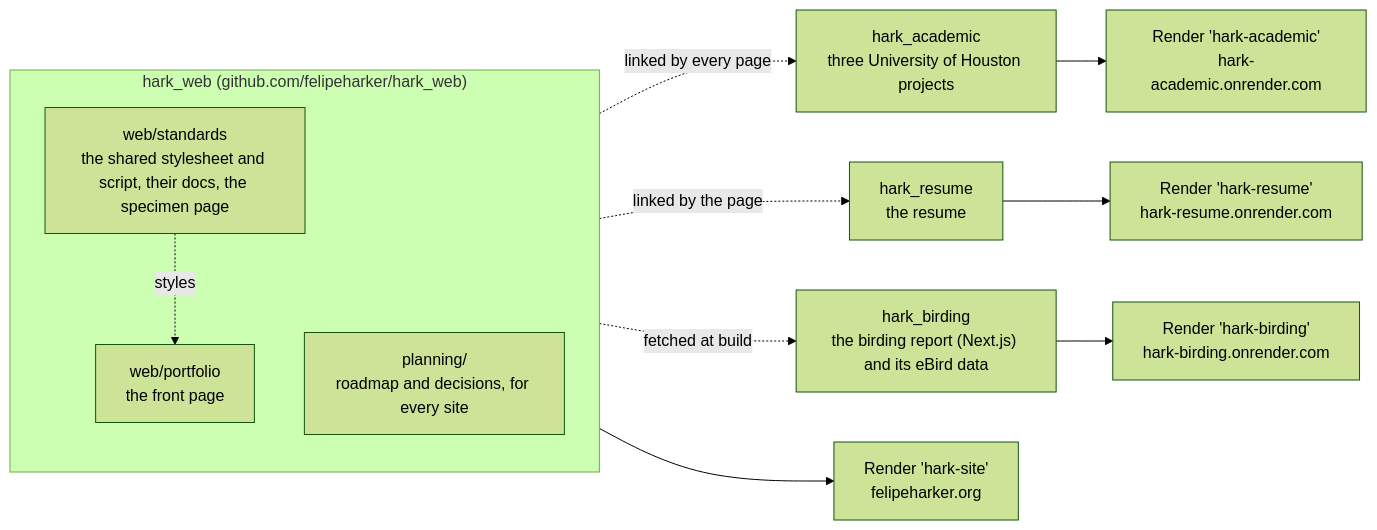
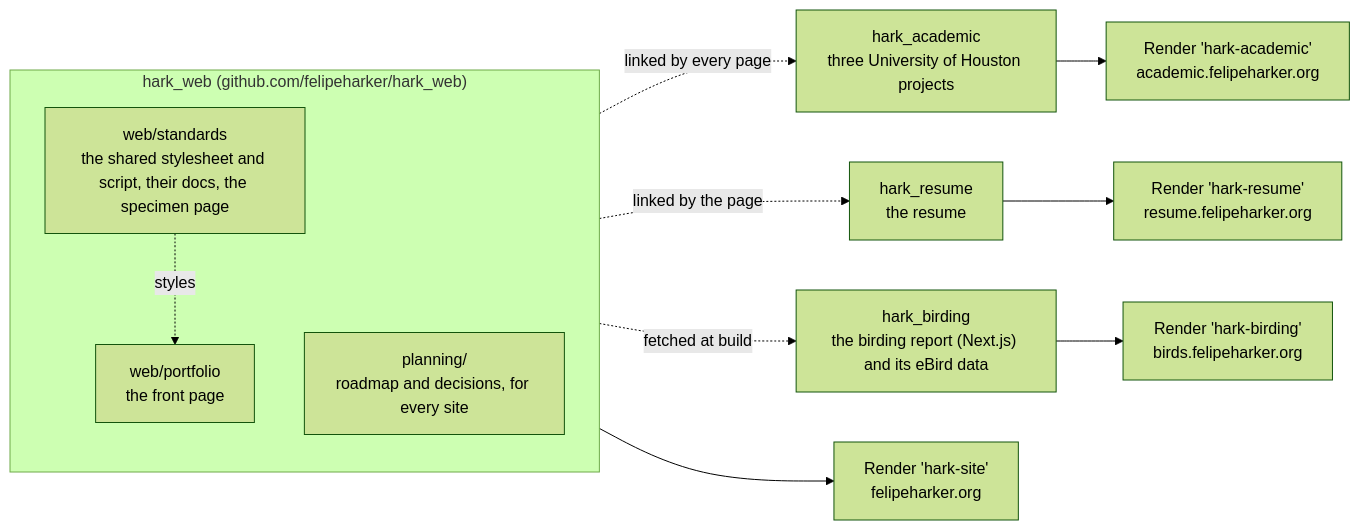
One commit to felipeharker/hark_web changed the first of 7 diagrams in ARCHITECTURE.md. Above: the diagram before and after it, drawn with Mermaid (forest theme). The commit also changed other lines of this file and 16 other files, not shown here.

First line of the commit message:
Every site in the family at its felipeharker.org subdomain

````diff
--- a/ARCHITECTURE.md
+++ b/ARCHITECTURE.md
@@ -23,22 +23,22 @@
 ```mermaid
 flowchart LR
   subgraph web["hark_web (github.com/felipeharker/hark_web)"]
     direction TB
     standards["web/standards<br/>the shared stylesheet and script, their docs, the specimen page"]
     portfolio["web/portfolio<br/>the front page"]
     planning["planning/<br/>roadmap and decisions, for every site"]
   end
   academic["hark_academic<br/>three University of Houston projects"]
   birds["hark_birding<br/>the birding report (Next.js) and its eBird data"]
   resume["hark_resume<br/>the resume"]
 
   standards -. "styles" .-> portfolio
   standards -. "linked by every page" .-> academic
   standards -. "linked by the page" .-> resume
   standards -. "fetched at build" .-> birds
 
   web --> s1["Render 'hark-site'<br/>felipeharker.org"]
-  academic --> s2["Render 'hark-academic'<br/>hark-academic.onrender.com"]
-  birds --> s3["Render 'hark-birding'<br/>hark-birding.onrender.com"]
-  resume --> s4["Render 'hark-resume'<br/>hark-resume.onrender.com"]
+  academic --> s2["Render 'hark-academic'<br/>academic.felipeharker.org"]
+  birds --> s3["Render 'hark-birding'<br/>birds.felipeharker.org"]
+  resume --> s4["Render 'hark-resume'<br/>resume.felipeharker.org"]
 ```
````
